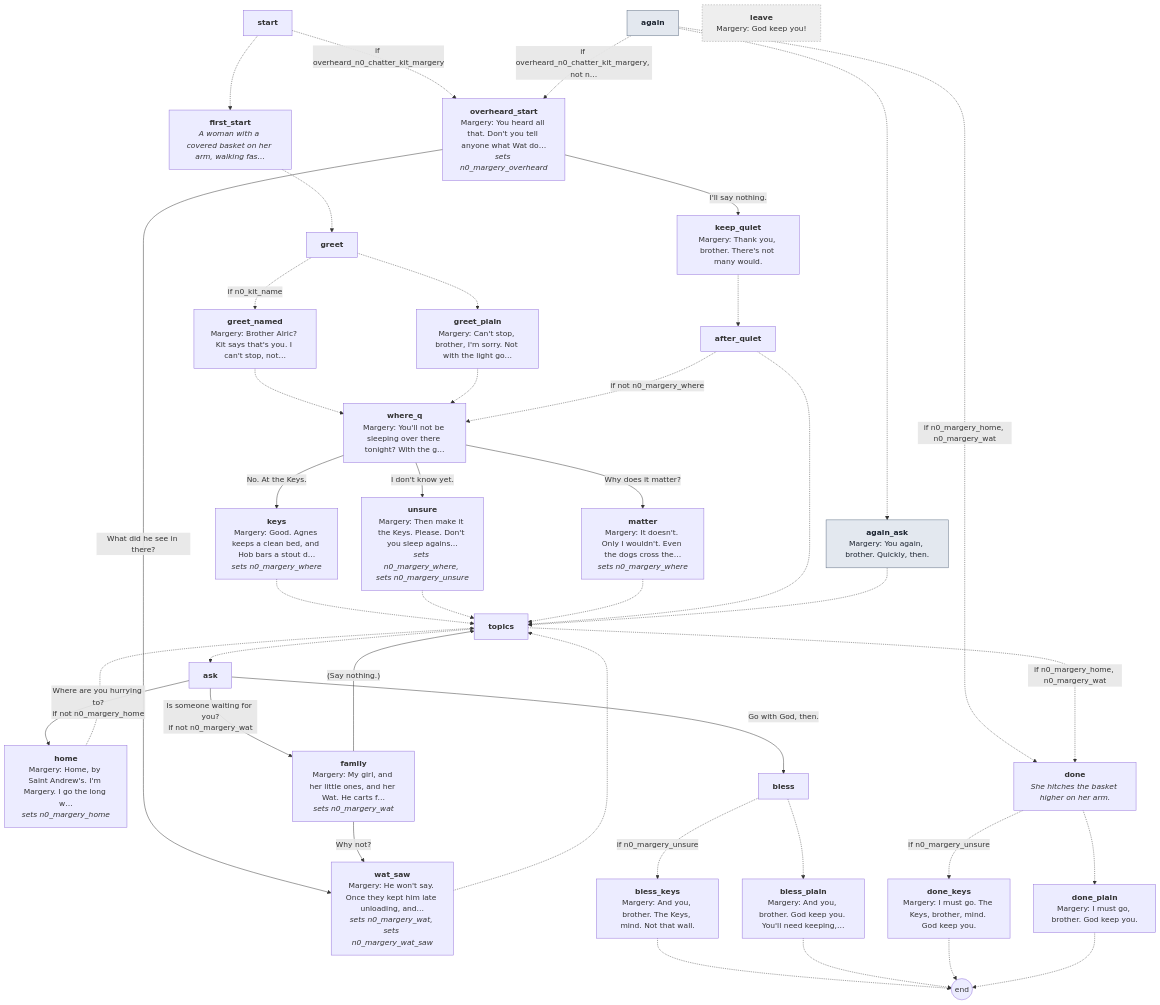
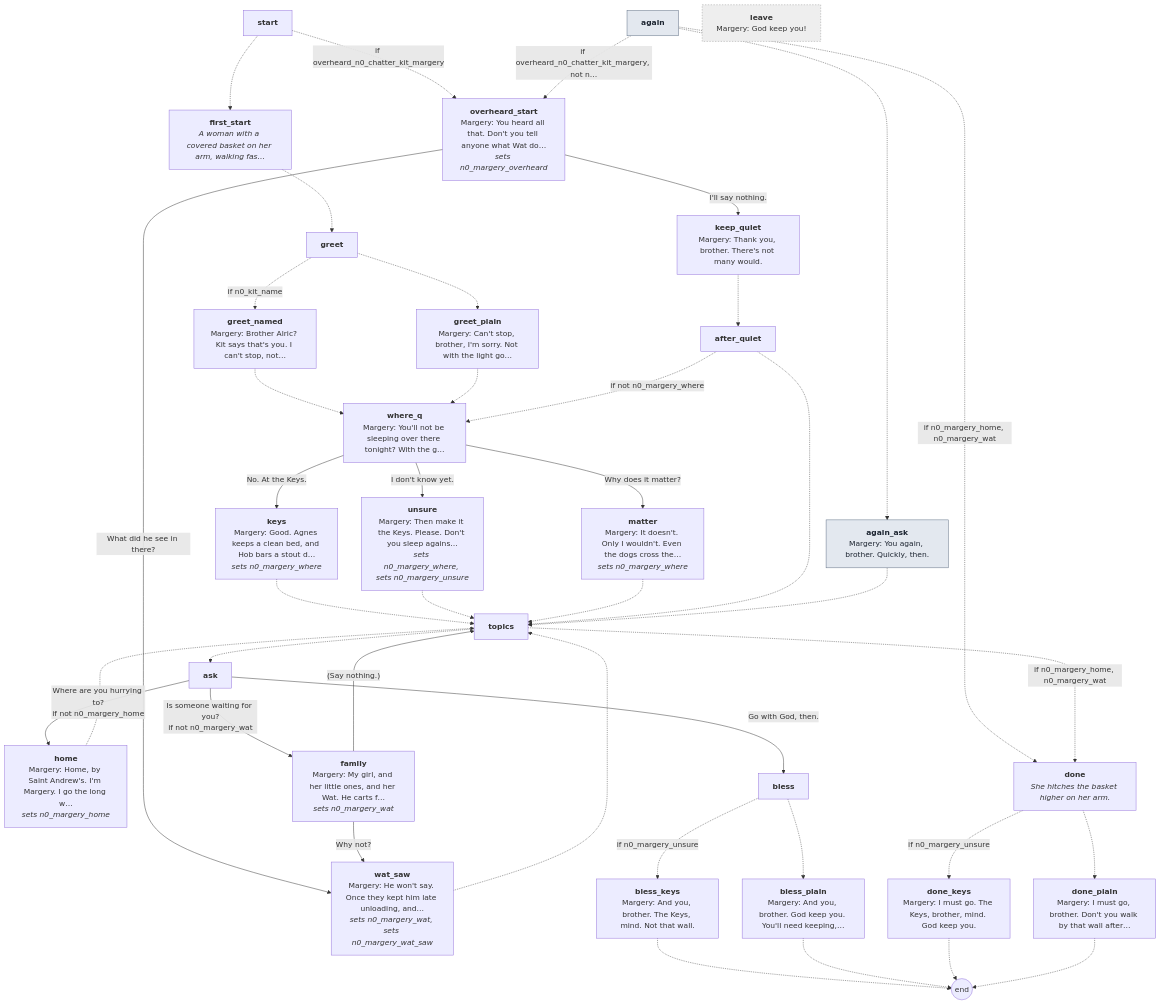
Diagram 13 of 19 in docs/script/night0.md (toastynaan/the-porter), drawn with Mermaid before and after one commit. The commit also changed other lines of this file and 19 other files, not shown here.

````diff
--- a/docs/script/night0.md
+++ b/docs/script/night0.md
@@ -2093,75 +2116,75 @@
 ```mermaid
 flowchart TD
   p_start["<b>start</b>"]
   p_first_start["<b>first_start</b><br/><i>A woman with a covered basket on her arm, walking fas…</i>"]
   p_greet["<b>greet</b>"]
   p_greet_named["<b>greet_named</b><br/>Margery: Brother Alric? Kit says that's you. I can't stop, not…"]
   p_greet_plain["<b>greet_plain</b><br/>Margery: Can't stop, brother, I'm sorry. Not with the light go…"]
   p_where_q["<b>where_q</b><br/>Margery: You'll not be sleeping over there tonight? With the g…"]
   p_keys["<b>keys</b><br/>Margery: Good. Agnes keeps a clean bed, and Hob bars a stout d…<br/><i>sets n0_margery_where</i>"]
   p_unsure["<b>unsure</b><br/>Margery: Then make it the Keys. Please. Don't you sleep agains…<br/><i>sets n0_margery_where, sets n0_margery_unsure</i>"]
   p_matter["<b>matter</b><br/>Margery: It doesn't. Only I wouldn't. Even the dogs cross the…<br/><i>sets n0_margery_where</i>"]
   p_overheard_start["<b>overheard_start</b><br/>Margery: You heard all that. Don't you tell anyone what Wat do…<br/><i>sets n0_margery_overheard</i>"]
   p_keep_quiet["<b>keep_quiet</b><br/>Margery: Thank you, brother. There's not many would."]
   p_after_quiet["<b>after_quiet</b>"]
   p_again["<b>again</b>"]
   p_again_ask["<b>again_ask</b><br/>Margery: You again, brother. Quickly, then."]
   p_topics["<b>topics</b>"]
   p_ask["<b>ask</b>"]
   p_home["<b>home</b><br/>Margery: Home, by Saint Andrew's. I'm Margery. I go the long w…<br/><i>sets n0_margery_home</i>"]
   p_family["<b>family</b><br/>Margery: My girl, and her little ones, and her Wat. He carts f…<br/><i>sets n0_margery_wat</i>"]
   p_wat_saw["<b>wat_saw</b><br/>Margery: He won't say. Once they kept him late unloading, and…<br/><i>sets n0_margery_wat, sets n0_margery_wat_saw</i>"]
   p_bless["<b>bless</b>"]
   p_bless_keys["<b>bless_keys</b><br/>Margery: And you, brother. The Keys, mind. Not that wall."]
   p_bless_plain["<b>bless_plain</b><br/>Margery: And you, brother. God keep you. You'll need keeping,…"]
   p_done["<b>done</b><br/><i>She hitches the basket higher on her arm.</i>"]
   p_done_keys["<b>done_keys</b><br/>Margery: I must go. The Keys, brother, mind. God keep you."]
-  p_done_plain["<b>done_plain</b><br/>Margery: I must go, brother. God keep you."]
+  p_done_plain["<b>done_plain</b><br/>Margery: I must go, brother. Don't you walk by that wall after…"]
   p_leave["<b>leave</b><br/>Margery: God keep you!"]
   end_((end))
   p_start -.->|"if overheard_n0_chatter_kit_margery"| p_overheard_start
   p_start -.-> p_first_start
   p_first_start -.-> p_greet
   p_greet -.->|"if n0_kit_name"| p_greet_named
   p_greet -.-> p_greet_plain
   p_greet_named -.-> p_where_q
   p_greet_plain -.-> p_where_q
   p_where_q -->|"No. At the Keys."| p_keys
   p_where_q -->|"I don't know yet."| p_unsure
   p_where_q -->|"Why does it matter?"| p_matter
   p_keys -.-> p_topics
   p_unsure -.-> p_topics
   p_matter -.-> p_topics
   p_overheard_start -->|"I'll say nothing."| p_keep_quiet
   p_overheard_start -->|"What did he see in there?"| p_wat_saw
   p_keep_quiet -.-> p_after_quiet
   p_after_quiet -.->|"if not n0_margery_where"| p_where_q
   p_after_quiet -.-> p_topics
   p_again -.->|"if overheard_n0_chatter_kit_margery, not n…"| p_overheard_start
   p_again -.->|"if n0_margery_home, n0_margery_wat"| p_done
   p_again -.-> p_again_ask
   p_again_ask -.-> p_topics
   p_topics -.->|"if n0_margery_home, n0_margery_wat"| p_done
   p_topics -.-> p_ask
   p_ask -->|"Where are you hurrying to?<br/>if not n0_margery_home"| p_home
   p_ask -->|"Is someone waiting for you?<br/>if not n0_margery_wat"| p_family
   p_ask -->|"Go with God, then."| p_bless
   p_home -.-> p_topics
   p_family -->|"Why not?"| p_wat_saw
   p_family -->|"(Say nothing.)"| p_topics
   p_wat_saw -.-> p_topics
   p_bless -.->|"if n0_margery_unsure"| p_bless_keys
   p_bless -.-> p_bless_plain
   p_bless_keys -.-> end_
   p_bless_plain -.-> end_
   p_done -.->|"if n0_margery_unsure"| p_done_keys
   p_done -.-> p_done_plain
   p_done_keys -.-> end_
   p_done_plain -.-> end_
   classDef claim fill:#f3e3b5,stroke:#9a6b1a,color:#2b2116
   classDef again fill:#e3e8ef,stroke:#5b6b80,color:#1c2430
   classDef leave fill:#eee,stroke:#999,color:#333,stroke-dasharray: 3 3
   class p_again again
   class p_again_ask again
   class p_leave leave
 ```
````
